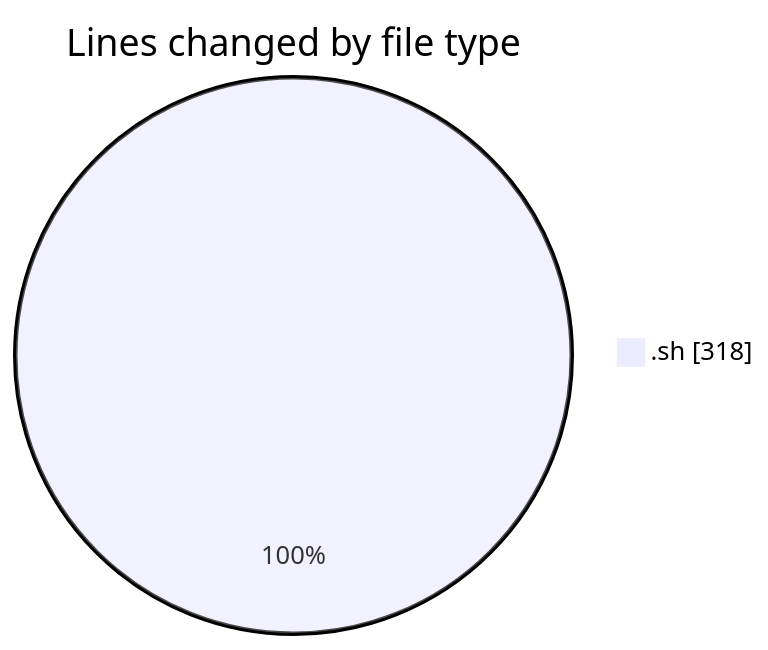
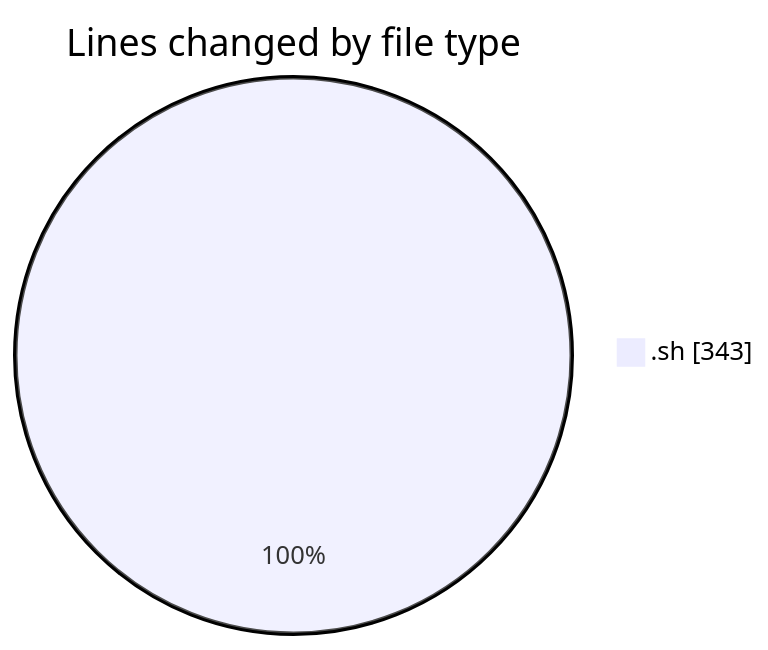
The first of 2 diagrams in 2026-07-14/scripts/README.md (ricardozamudiocil/code-tracking), drawn with Mermaid before and after one commit. The commit also changed other lines of this file and 1 other file, not shown here.

````diff
--- a/2026-07-14/scripts/README.md
+++ b/2026-07-14/scripts/README.md
@@ -21,5 +21,5 @@
 ```mermaid
 pie showData
 title Lines changed by file type
-".sh" : 318
+".sh" : 343
 ```
````
